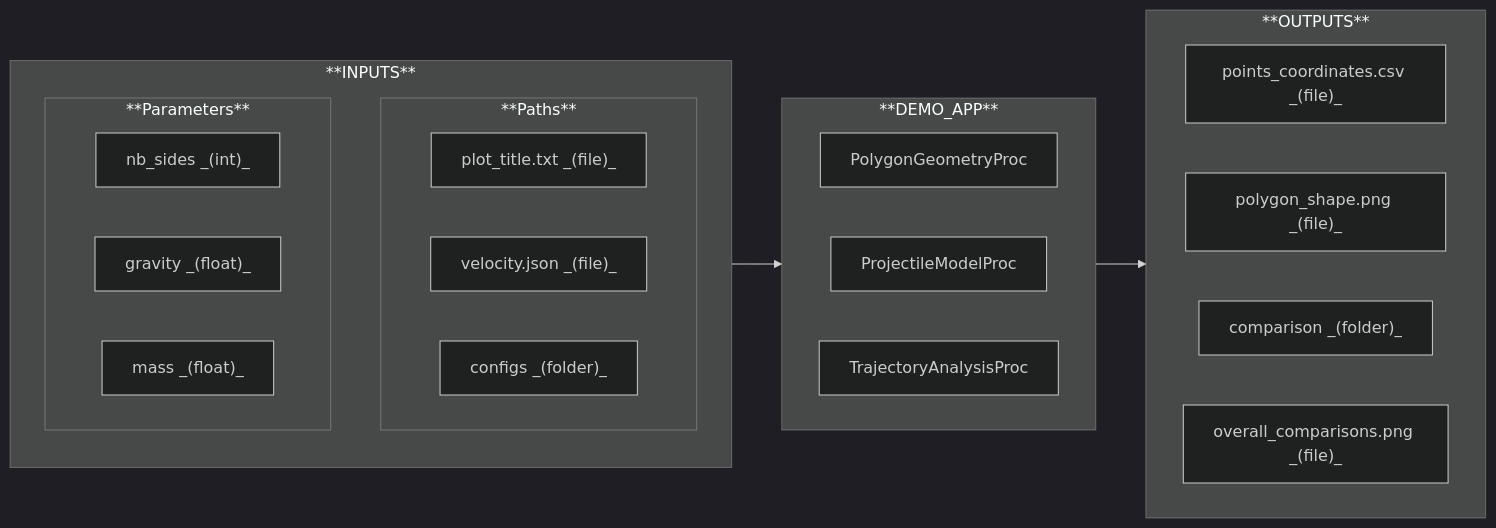
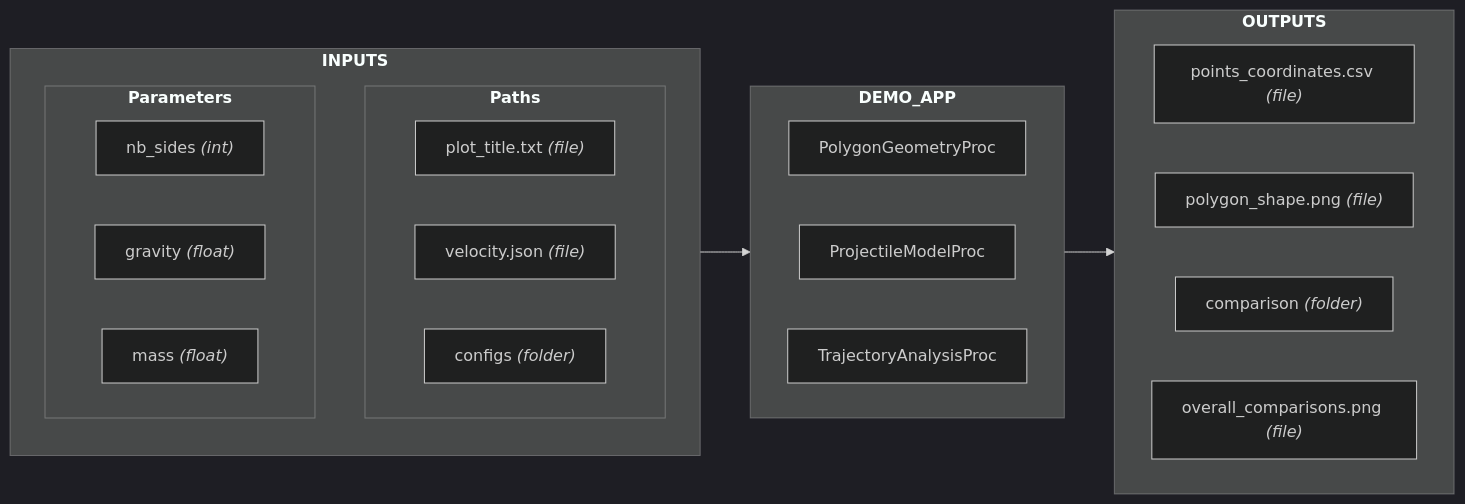
The fifth of 8 diagrams in src/nuremics_labs/apps/general/DEMO_APP/README.md (nuremics/nuremics-labs), drawn with Mermaid (dark theme) before and after one commit. The commit also changed other lines of this file, not shown here.

````diff
--- a/src/nuremics_labs/apps/general/DEMO_APP/README.md
+++ b/src/nuremics_labs/apps/general/DEMO_APP/README.md
@@ -119,38 +119,38 @@
 ```mermaid
 flowchart LR
-  subgraph **INPUTS**
+  subgraph Inputs[<b>INPUTS<b>]
     direction TB
 
-    subgraph **Paths**
+    subgraph Paths[<b>Paths<b>]
       direction LR
-      path1["plot_title.txt _(file)_"]
-      path2["velocity.json _(file)_"]
-      path3["configs _(folder)_"]
+      path1["plot_title.txt <i>(file)<i>"]
+      path2["velocity.json <i>(file)<i>"]
+      path3["configs <i>(folder)<i>"]
     end
 
-    subgraph **Parameters**
+    subgraph Parameters[<b>Parameters<b>]
       direction LR
-      param1["nb_sides _(int)_"]
-      param2["gravity _(float)_"]
-      param3["mass _(float)_"]
+      param1["nb_sides <i>(int)<i>"]
+      param2["gravity <i>(float)<i>"]
+      param3["mass <i>(float)<i>"]
     end
   end
 
-  subgraph **DEMO_APP**
+  subgraph App[<b>DEMO_APP<b>]
     direction RL
     proc1["PolygonGeometryProc"]
     proc2["ProjectileModelProc"]
     proc3["TrajectoryAnalysisProc"]
   end
 
-  subgraph **OUTPUTS**
+  subgraph Outputs[<b>OUTPUTS<b>]
     direction RL
-    out1["points_coordinates.csv _(file)_"]
-    out2["polygon_shape.png _(file)_"]
-    out3["comparison _(folder)_"]
-    out4["overall_comparisons.png _(file)_"]
+    out1["points_coordinates.csv <i>(file)<i>"]
+    out2["polygon_shape.png <i>(file)<i>"]
+    out3["comparison <i>(folder)<i>"]
+    out4["overall_comparisons.png <i>(file)<i>"]
   end
 
-  **INPUTS** --> **DEMO_APP**
-  **DEMO_APP** --> **OUTPUTS**
+  Inputs --> App
+  App --> Outputs
 ```
````
